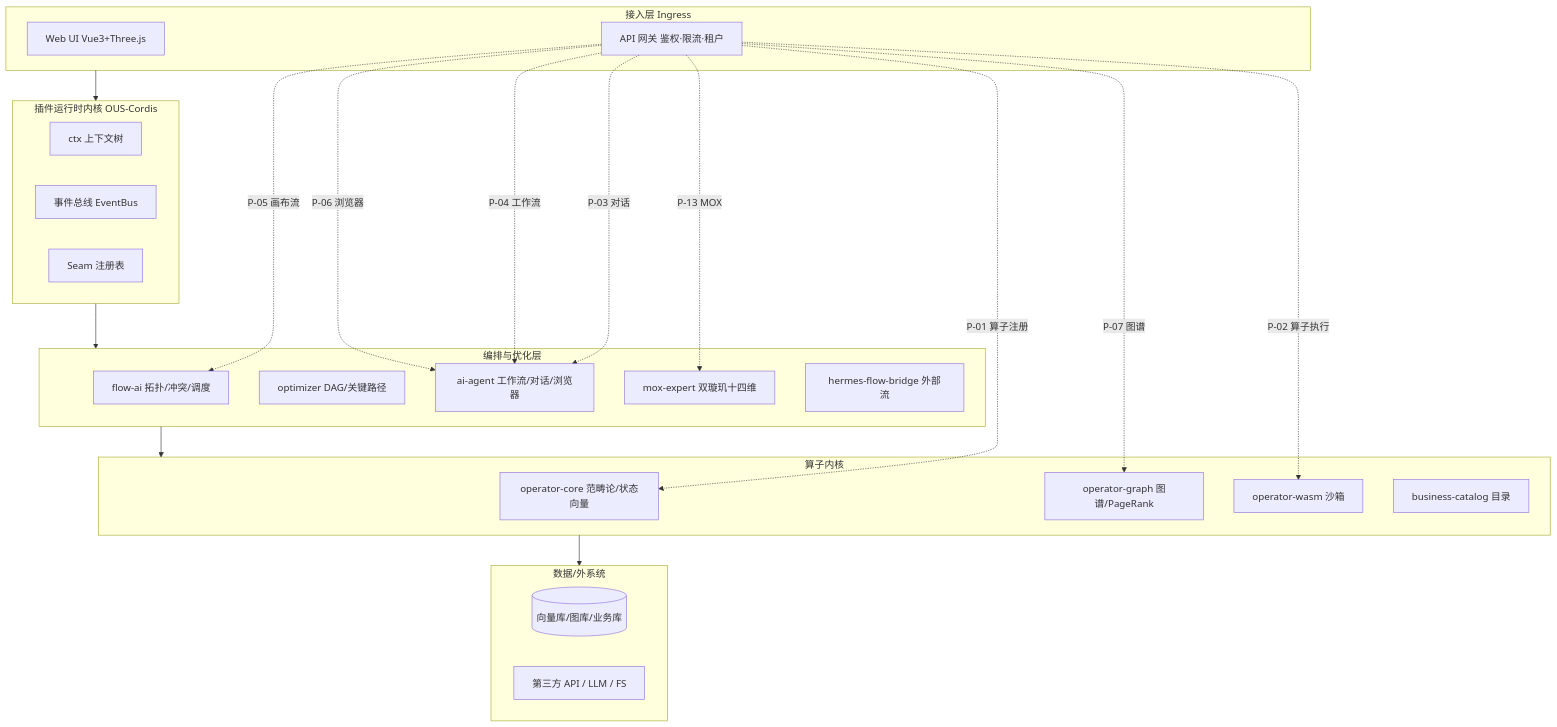
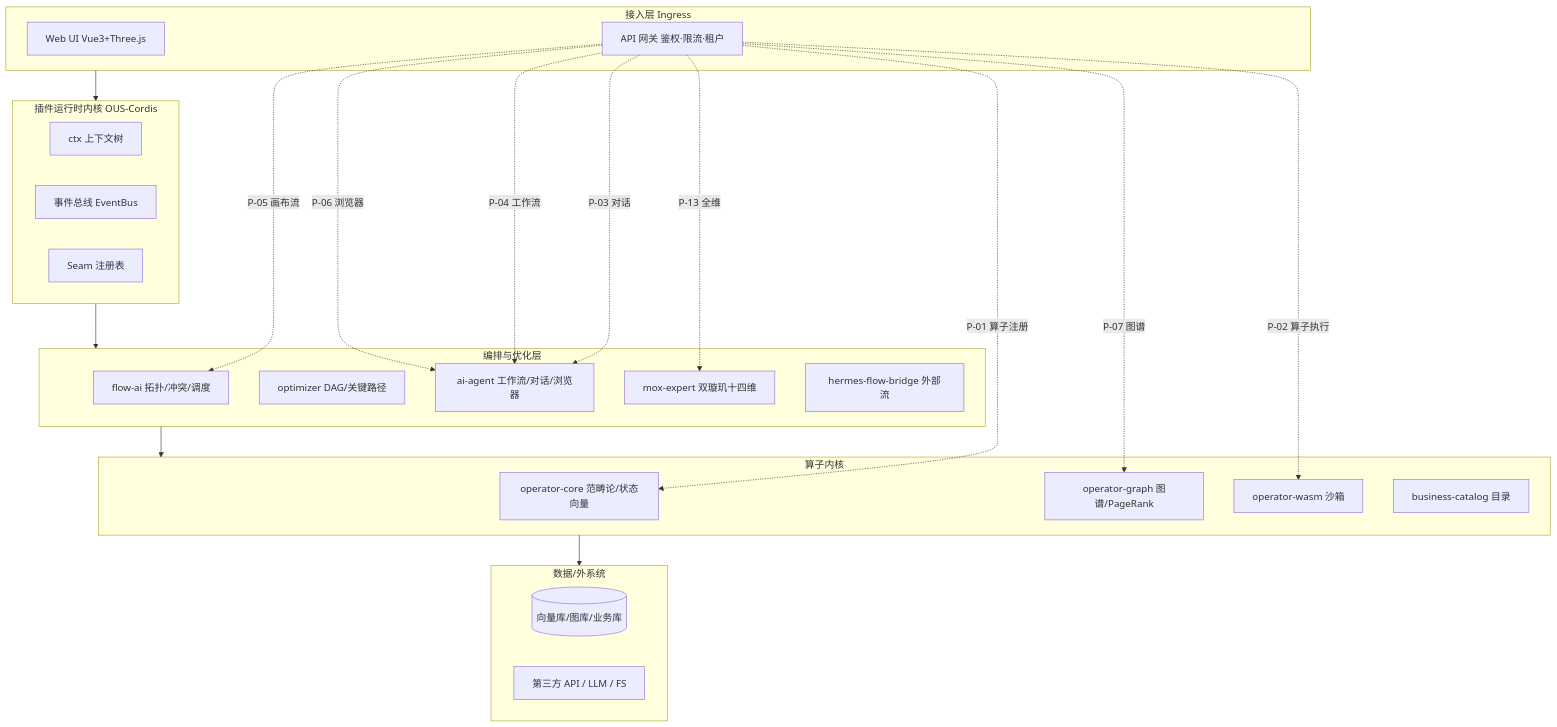
Diagram 13 of 16 in docs/modules/business-process-flowcharts.md (aikjx/mox), drawn with Mermaid before and after one commit. The commit also changed other lines of this file and 184 other files, not shown here.

````diff
--- a/docs/modules/business-process-flowcharts.md
+++ b/docs/modules/business-process-flowcharts.md
@@ -239,43 +239,43 @@
 ```mermaid
 flowchart TB
     subgraph ING[接入层 Ingress]
         WEB[Web UI Vue3+Three.js]
         GW[API 网关 鉴权·限流·租户]
     end
     subgraph RT[插件运行时内核 OUS-Cordis]
         CTX[ctx 上下文树]
         EB[事件总线 EventBus]
         SEAM[Seam 注册表]
     end
     subgraph ORCH[编排与优化层]
         FLOW[flow-ai 拓扑/冲突/调度]
         OPT[optimizer DAG/关键路径]
         AGENT[ai-agent 工作流/对话/浏览器]
         EXP[mox-expert 双璇玑十四维]
         HER[hermes-flow-bridge 外部流]
     end
     subgraph CORE[算子内核]
         OC[operator-core 范畴论/状态向量]
         OG[operator-graph 图谱/PageRank]
         OW[operator-wasm 沙箱]
         CAT[business-catalog 目录]
     end
     subgraph DATA[数据/外系统]
         DB[(向量库/图库/业务库)]
         EXT[第三方 API / LLM / FS]
     end
 
     ING --> RT
     RT --> ORCH
     ORCH --> CORE
     CORE --> DATA
 
     GW -.P-01 算子注册.-> OC
     GW -.P-02 算子执行.-> OW
     GW -.P-03 对话.-> AGENT
     GW -.P-04 工作流.-> AGENT
     GW -.P-05 画布流.-> FLOW
     GW -.P-06 浏览器.-> AGENT
     GW -.P-07 图谱.-> OG
-    GW -.P-13 MOX.-> EXP
+    GW -.P-13 全维.-> EXP
 ```
````
